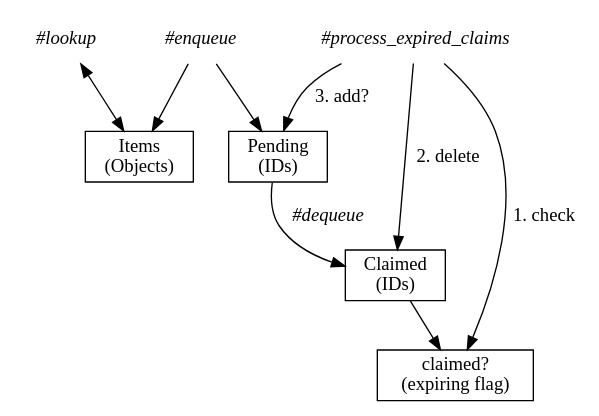
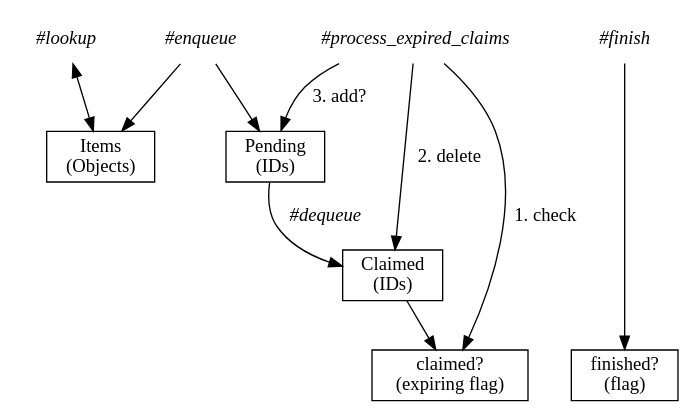
One commit to JScott/resilient_queue changed the diagram in docs/architecture.dot. Above: the diagram before and after it, drawn with Graphviz. The commit also changed 1 other file, not shown here.

Commit message:
Adding some clarification to the architecture graph

```diff
--- a/docs/architecture.dot
+++ b/docs/architecture.dot
@@ -1,23 +1,27 @@
 digraph architecture {
   # label="Stubborn Queue"
   # labelloc="top"
 
   items [label="Items\n(Objects)",shape=box]
   pending [label="Pending\n(IDs)",shape=box]
   claimed_flag [label="claimed?\n(expiring flag)",shape=box]
   claimed_list [label="Claimed\n(IDs)",shape=box]
   enqueue [label="#enqueue",shape=none,fontname="Times-Italic"]
   lookup [label="#lookup",shape=none,fontname="Times-Italic"]
   process [label="#process_expired_claims",shape=none,fontname="Times-Italic"]
+  finish [label="#finish",shape=none,fontname="Times-Italic"]
+  finished_flag [label="finished?\n(flag)",shape=box]
 
   enqueue->items
   enqueue->pending
   pending->claimed_list [label="#dequeue",fontname="Times-Italic"]
   claimed_list->claimed_flag
   lookup->items [dir="both"]
   process->claimed_flag [label="1. check"]
   process->claimed_list [label="2. delete"]
   process->pending [label="3. add?"]
+  finish->finished_flag
 
-  { rank=same; enqueue lookup process }
+  { rank=same; enqueue lookup process finish }
+  { rank=same; finished_flag claimed_flag }
 }
```
